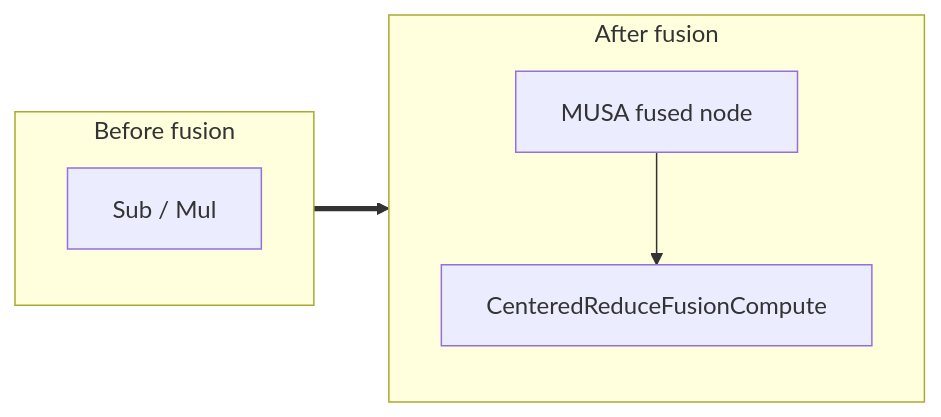
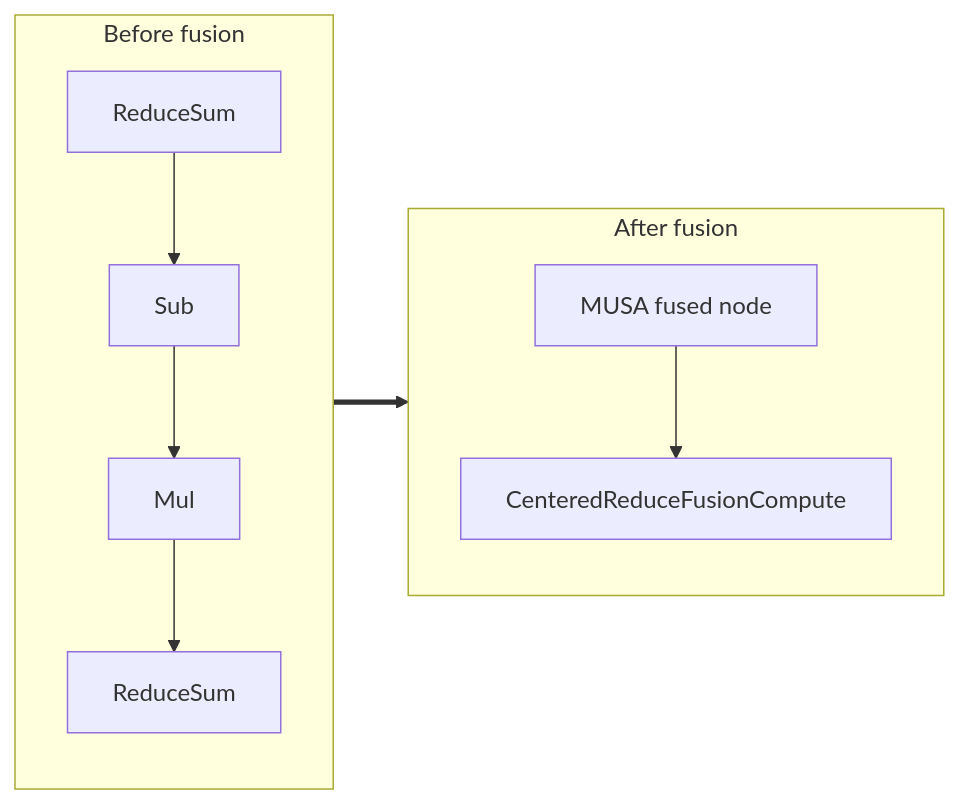
The diagram in musa/docs/fusion/centered_reduce.md (MooreThreads/onnxruntime-musa), drawn with Mermaid before and after one commit. The commit also changed other lines of this file and 13 other files, not shown here.

````diff
--- a/musa/docs/fusion/centered_reduce.md
+++ b/musa/docs/fusion/centered_reduce.md
@@ -22,12 +23,18 @@
 ```mermaid
 flowchart LR
   subgraph Before[Before fusion]
-    B0["Sub / Mul"]
+    B0["ReduceSum"]
+    B1["Sub"]
+    B2["Mul"]
+    B3["ReduceSum"]
+    B0 --> B1
+    B1 --> B2
+    B2 --> B3
   end
   subgraph After[After fusion]
     A0["MUSA fused node"]
     A1["CenteredReduceFusionCompute"]
     A0 --> A1
   end
   Before ==> After
 ```
````
